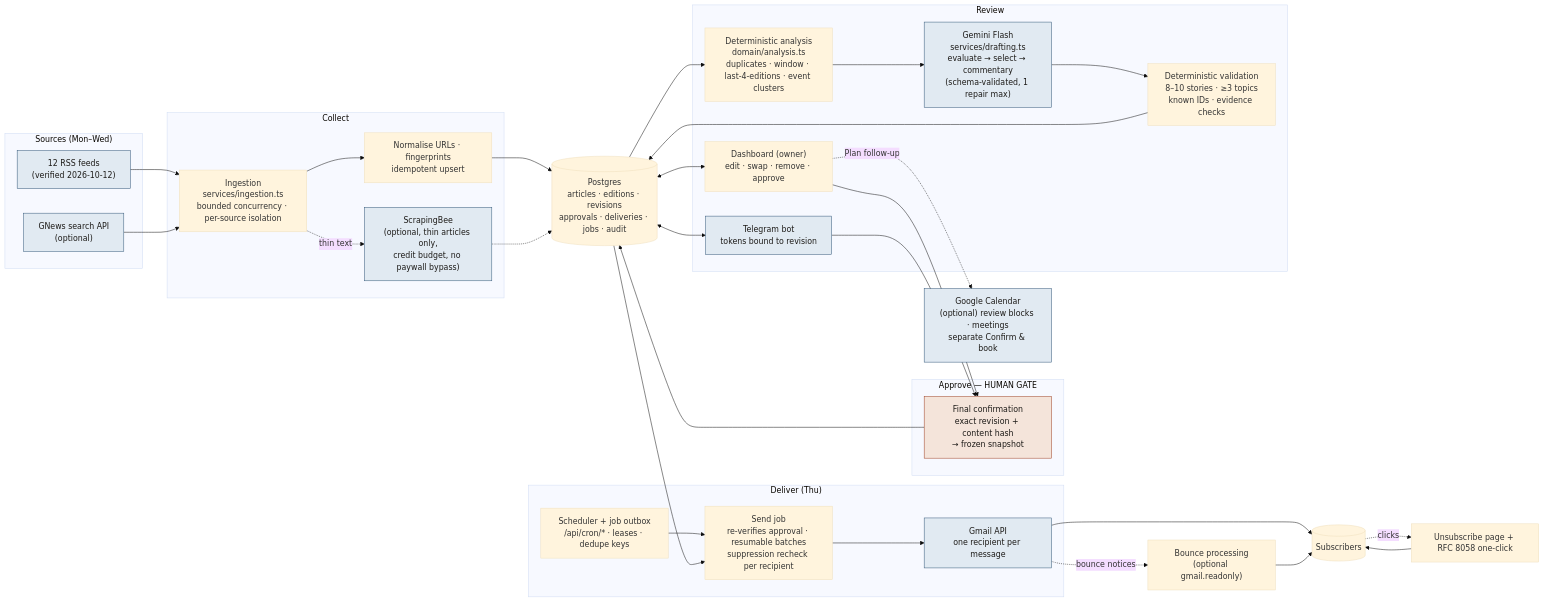
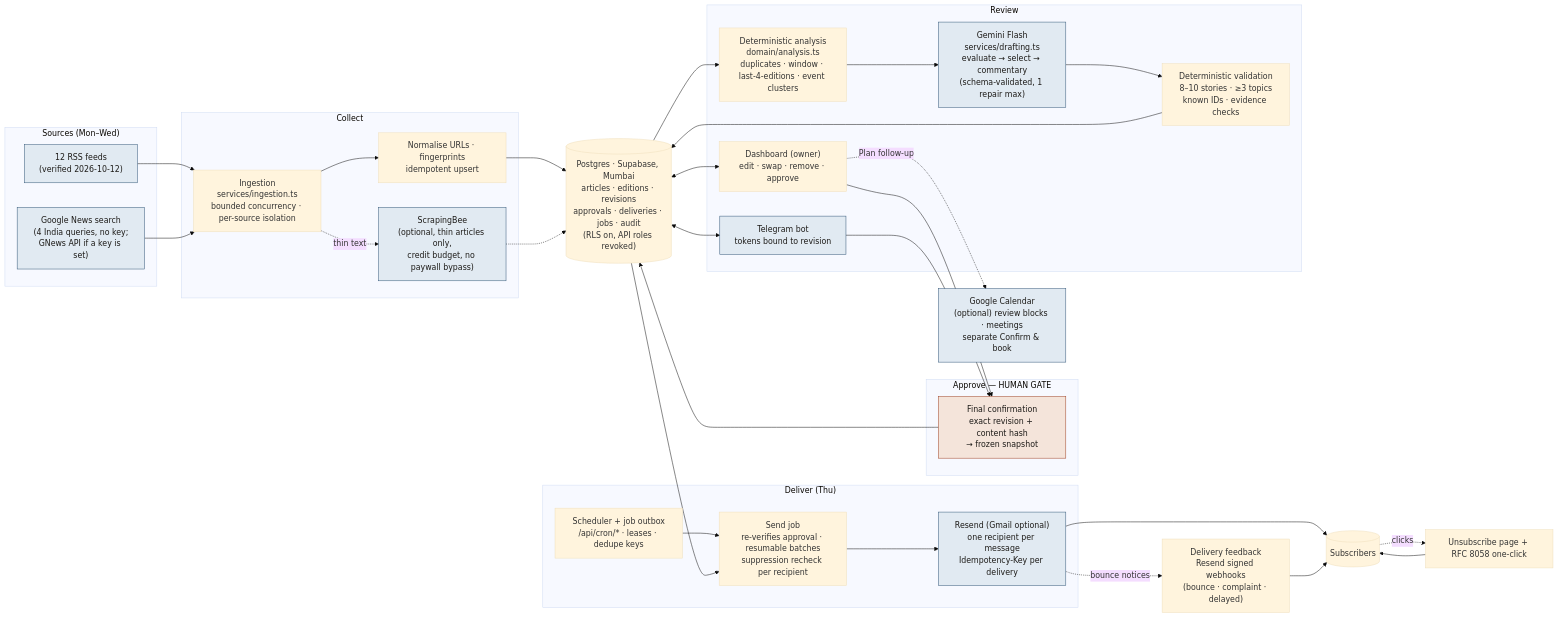
Before and after one commit to aditshah-sketch/dispatch-: the first of 2 diagrams in docs/COMPONENTS_MAP.md, drawn with Mermaid (base theme). The commit also changed other lines of this file and 1 other file, not shown here.

Commit message:
Components Map: designed page and up-to-date diagram (Resend, Supabase, Google News)

````diff
--- a/docs/COMPONENTS_MAP.md
+++ b/docs/COMPONENTS_MAP.md
@@ -5,59 +7,59 @@
 ```mermaid
 flowchart LR
   subgraph Sources["Sources (Mon–Wed)"]
     RSS["12 RSS feeds<br/>(verified 2026-10-12)"]
-    GN["GNews search API<br/>(optional)"]
+    GN["Google News search<br/>(4 India queries, no key;<br/>GNews API if a key is set)"]
   end
 
   subgraph Collect["Collect"]
     ING["Ingestion<br/>services/ingestion.ts<br/>bounded concurrency · per-source isolation"]
     SB["ScrapingBee<br/>(optional, thin articles only,<br/>credit budget, no paywall bypass)"]
     NORM["Normalise URLs · fingerprints<br/>idempotent upsert"]
   end
 
-  DB[("Postgres<br/>articles · editions · revisions<br/>approvals · deliveries · jobs · audit")]
+  DB[("Postgres · Supabase, Mumbai<br/>articles · editions · revisions<br/>approvals · deliveries · jobs · audit<br/>(RLS on, API roles revoked)")]
 
   subgraph Review["Review"]
     AN["Deterministic analysis<br/>domain/analysis.ts<br/>duplicates · window · last-4-editions · event clusters"]
     GEM["Gemini Flash<br/>services/drafting.ts<br/>evaluate → select → commentary<br/>(schema-validated, 1 repair max)"]
     VAL["Deterministic validation<br/>8–10 stories · ≥3 topics<br/>known IDs · evidence checks"]
     DASH["Dashboard (owner)<br/>edit · swap · remove · approve"]
     TG["Telegram bot<br/>tokens bound to revision"]
   end
 
   subgraph Approve["Approve — HUMAN GATE"]
     CONF["Final confirmation<br/>exact revision + content hash<br/>→ frozen snapshot"]
   end
 
   subgraph Deliver["Deliver (Thu)"]
     SCHED["Scheduler + job outbox<br/>/api/cron/* · leases · dedupe keys"]
     SEND["Send job<br/>re-verifies approval · resumable batches<br/>suppression recheck per recipient"]
-    GM["Gmail API<br/>one recipient per message"]
+    GM["Resend (Gmail optional)<br/>one recipient per message<br/>Idempotency-Key per delivery"]
   end
 
   SUBS[("Subscribers")]
-  FB["Bounce processing<br/>(optional gmail.readonly)"]
+  FB["Delivery feedback<br/>Resend signed webhooks<br/>(bounce · complaint · delayed)"]
   UNSUB["Unsubscribe page + RFC 8058 one-click"]
   CAL["Google Calendar<br/>(optional) review blocks · meetings<br/>separate Confirm & book"]
 
   RSS --> ING
   GN --> ING
   ING --> NORM --> DB
   ING -. thin text .-> SB -.-> DB
   DB --> AN --> GEM --> VAL --> DB
   DB <--> DASH
   DB <--> TG
   DASH --> CONF
   TG --> CONF
   CONF --> DB
   SCHED --> SEND
   DB --> SEND --> GM --> SUBS
   GM -. bounce notices .-> FB --> SUBS
   SUBS -. clicks .-> UNSUB --> SUBS
   DASH -. "Plan follow-up" .-> CAL
 
   classDef gate fill:#f4e4da,stroke:#9c3d1f,color:#1d1b18;
   classDef ext fill:#e1eaf2,stroke:#2f5476,color:#1d1b18;
   class CONF gate;
   class GM,TG,CAL,SB,GEM,GN,RSS ext;
 ```
````
